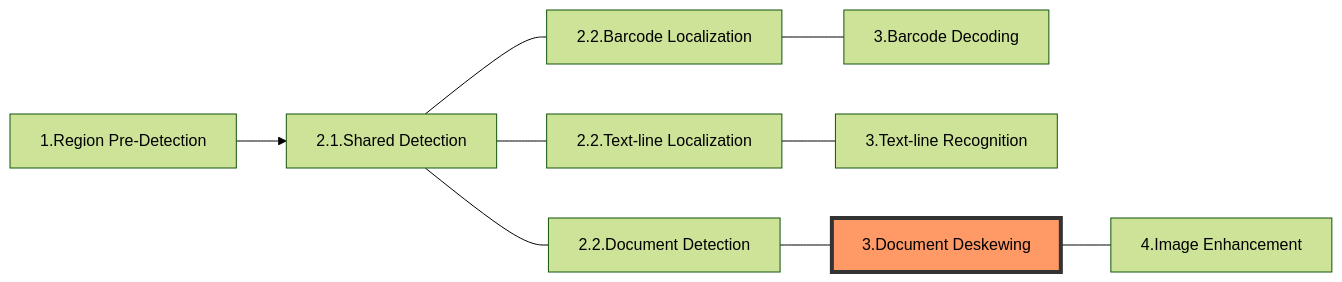
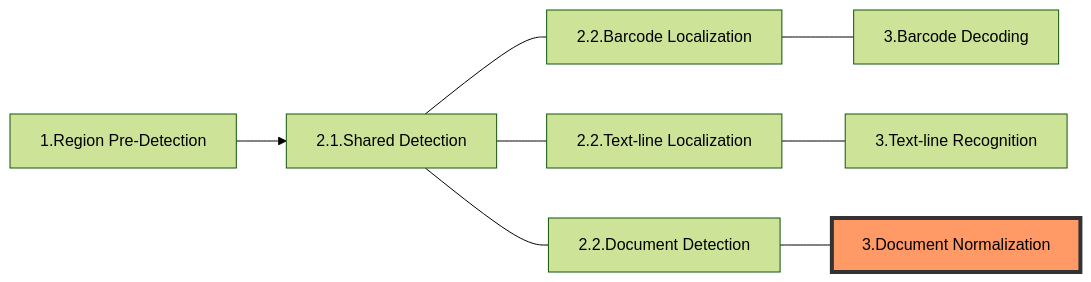
The diagram in architecture/image-processing/document-normalization.md (dynamsoft-docs/capture-vision-docs), drawn with Mermaid (forest theme) before and after one commit. The commit also changed other lines of this file and 241 other files, not shown here.

````diff
--- a/architecture/image-processing/document-normalization.md
+++ b/architecture/image-processing/document-normalization.md
@@ -12,12 +15,11 @@
 ```mermaid
 flowchart LR;
      A[1.Region Pre-Detection]-->C[2.1.Shared Detection]
      C---D[2.2.Barcode Localization]
      C---E[2.2.Text-line Localization]
      C---F[2.2.Document Detection]
      D---G[3.Barcode Decoding]
      E---H[3.Text-line Recognition]
-     F---I[3.Document Deskewing]
-     I---J[4.Image Enhancement]
+     F---I[3.Document Normalization]
      style I fill:#f96,stroke:#333,stroke-width:4px
 ```
````
